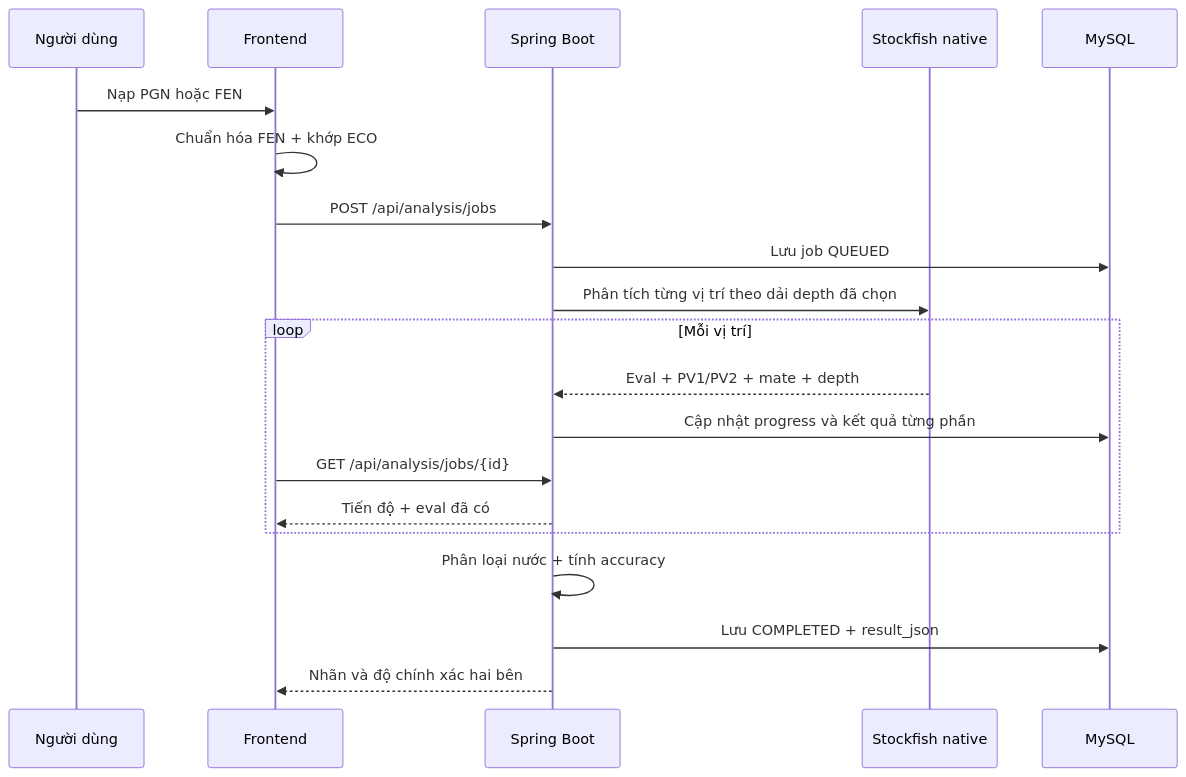
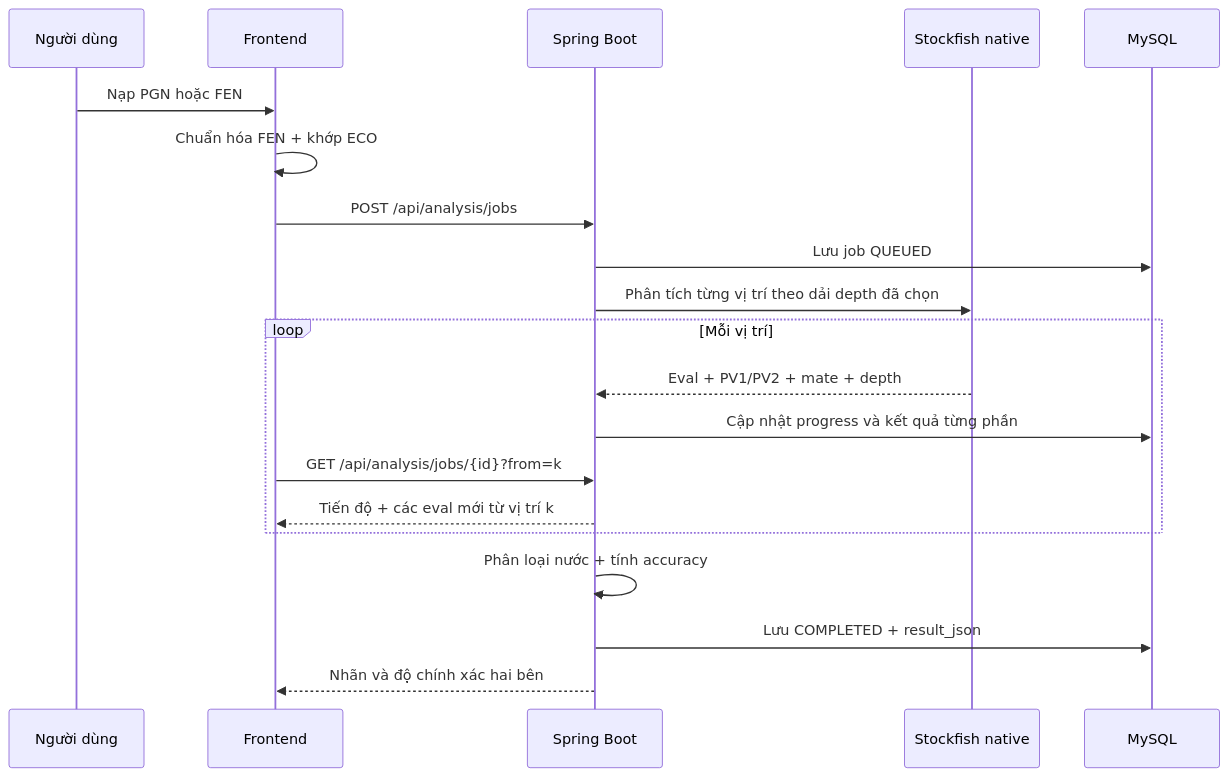
Before and after one commit to kanekikeeen1/Chess-analysis: the first of 2 diagrams in docs/ARCHITECTURE.md, drawn with Mermaid. The commit also changed other lines of this file and 99 other files, not shown here.

````diff
--- a/docs/ARCHITECTURE.md
+++ b/docs/ARCHITECTURE.md
@@ -15,22 +15,22 @@
 ```mermaid
 sequenceDiagram
     participant U as Người dùng
     participant F as Frontend
     participant B as Spring Boot
     participant S as Stockfish native
     participant D as MySQL
     U->>F: Nạp PGN hoặc FEN
     F->>F: Chuẩn hóa FEN + khớp ECO
     F->>B: POST /api/analysis/jobs
     B->>D: Lưu job QUEUED
     B->>S: Phân tích từng vị trí theo dải depth đã chọn
     loop Mỗi vị trí
         S-->>B: Eval + PV1/PV2 + mate + depth
         B->>D: Cập nhật progress và kết quả từng phần
-        F->>B: GET /api/analysis/jobs/{id}
-        B-->>F: Tiến độ + eval đã có
+        F->>B: GET /api/analysis/jobs/{id}?from=k
+        B-->>F: Tiến độ + các eval mới từ vị trí k
     end
     B->>B: Phân loại nước + tính accuracy
     B->>D: Lưu COMPLETED + result_json
     B-->>F: Nhãn và độ chính xác hai bên
 ```
````
